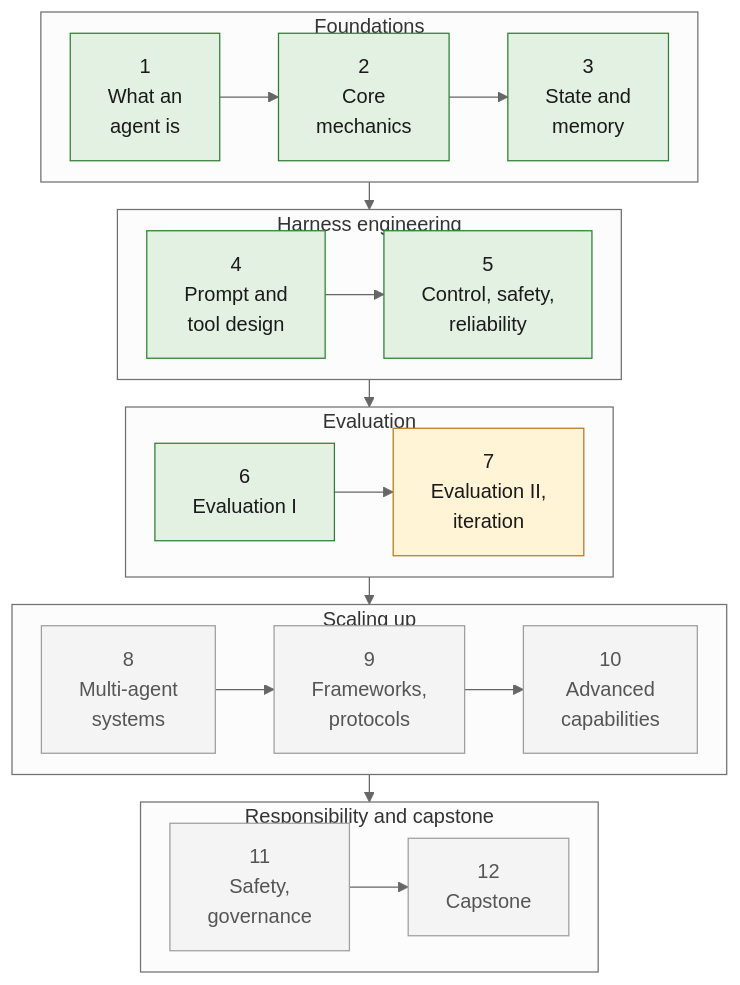
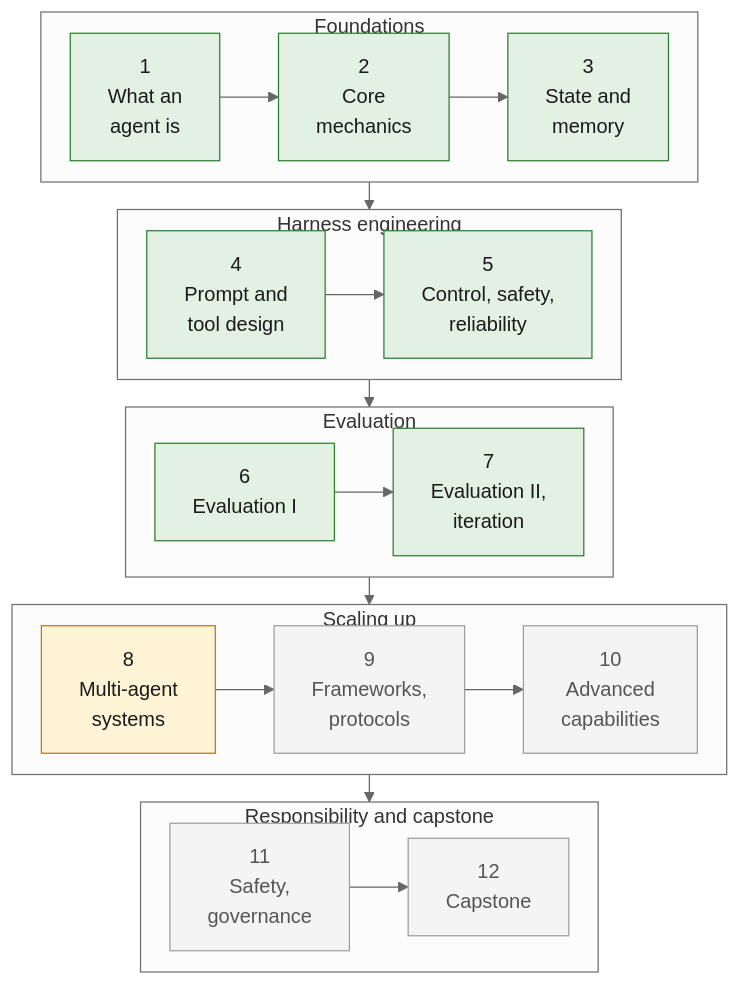
The diagram in diagrams/src/course-map.mmd (joshxinjie/agentic-harness-notes), drawn with Mermaid (neutral theme) before and after one commit. The commit also changed 17 other files, not shown here.

```diff
--- a/diagrams/src/course-map.mmd
+++ b/diagrams/src/course-map.mmd
@@ -1,29 +1,29 @@
 %%{init: {"flowchart": {"rankSpacing": 22, "nodeSpacing": 14}}}%%
 flowchart TD
     subgraph F["Foundations"]
         direction LR
         W1["1<br>What an<br>agent is"] --> W2["2<br>Core<br>mechanics"] --> W3["3<br>State and<br>memory"]
     end
     subgraph H["Harness engineering"]
         direction LR
         W4["4<br>Prompt and<br>tool design"] --> W5["5<br>Control, safety,<br>reliability"]
     end
     subgraph E["Evaluation"]
         direction LR
         W6["6<br>Evaluation I"] --> W7["7<br>Evaluation II,<br>iteration"]
     end
     subgraph S["Scaling up"]
         direction LR
         W8["8<br>Multi-agent<br>systems"] --> W9["9<br>Frameworks,<br>protocols"] --> W10["10<br>Advanced<br>capabilities"]
     end
     subgraph R["Responsibility and capstone"]
         direction LR
         W11["11<br>Safety,<br>governance"] --> W12["12<br>Capstone"]
     end
     F --> H --> E --> S --> R
     classDef done fill:#e3f1e3,stroke:#2f7d32,color:#1a1a1a
     classDef now fill:#fff4d6,stroke:#b7791f,color:#1a1a1a
     classDef todo fill:#f4f4f4,stroke:#9e9e9e,color:#555555
-    class W1,W2,W3,W4,W5,W6 done
-    class W7 now
-    class W8,W9,W10,W11,W12 todo
+    class W1,W2,W3,W4,W5,W6,W7 done
+    class W8 now
+    class W9,W10,W11,W12 todo
```
